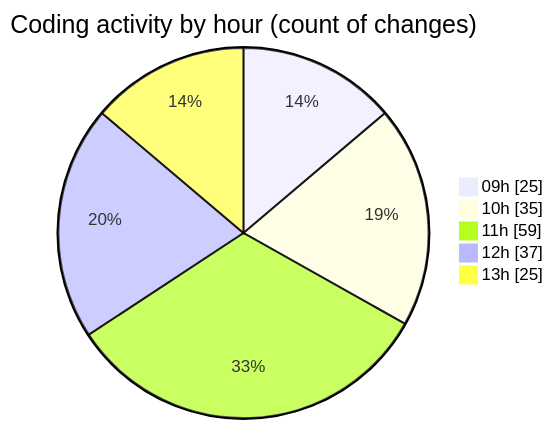
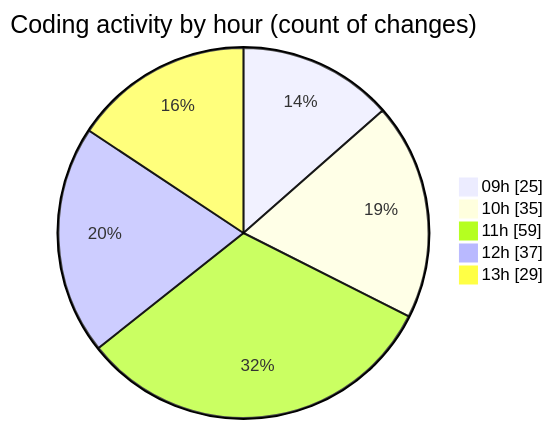
One commit to momahboobian/code-tracking changed the second of 2 diagrams in 2025-08-22/cda/README.md. Above: the diagram before and after it, drawn with Mermaid. The commit also changed other lines of this file and 1 other file, not shown here.

````diff
--- a/2025-08-22/cda/README.md
+++ b/2025-08-22/cda/README.md
@@ -51,9 +51,9 @@
 ```mermaid
 pie showData
 title Coding activity by hour (count of changes)
 "09h" : 25
 "10h" : 35
 "11h" : 59
 "12h" : 37
-"13h" : 25
+"13h" : 29
 ```
````
